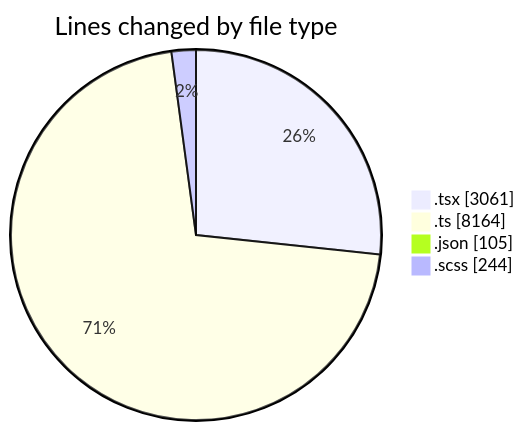
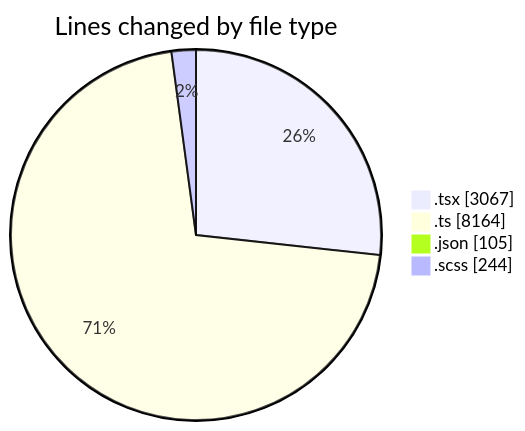
Before and after one commit to momahboobian/code-tracking: the first of 2 diagrams in 2025-07-09/cda/README.md, drawn with Mermaid. The commit also changed other lines of this file and 1 other file, not shown here.

````diff
--- a/2025-07-09/cda/README.md
+++ b/2025-07-09/cda/README.md
@@ -38,8 +38,8 @@
 ```mermaid
 pie showData
 title Lines changed by file type
-".tsx" : 3061
+".tsx" : 3067
 ".ts" : 8164
 ".json" : 105
 ".scss" : 244
 ```
````
